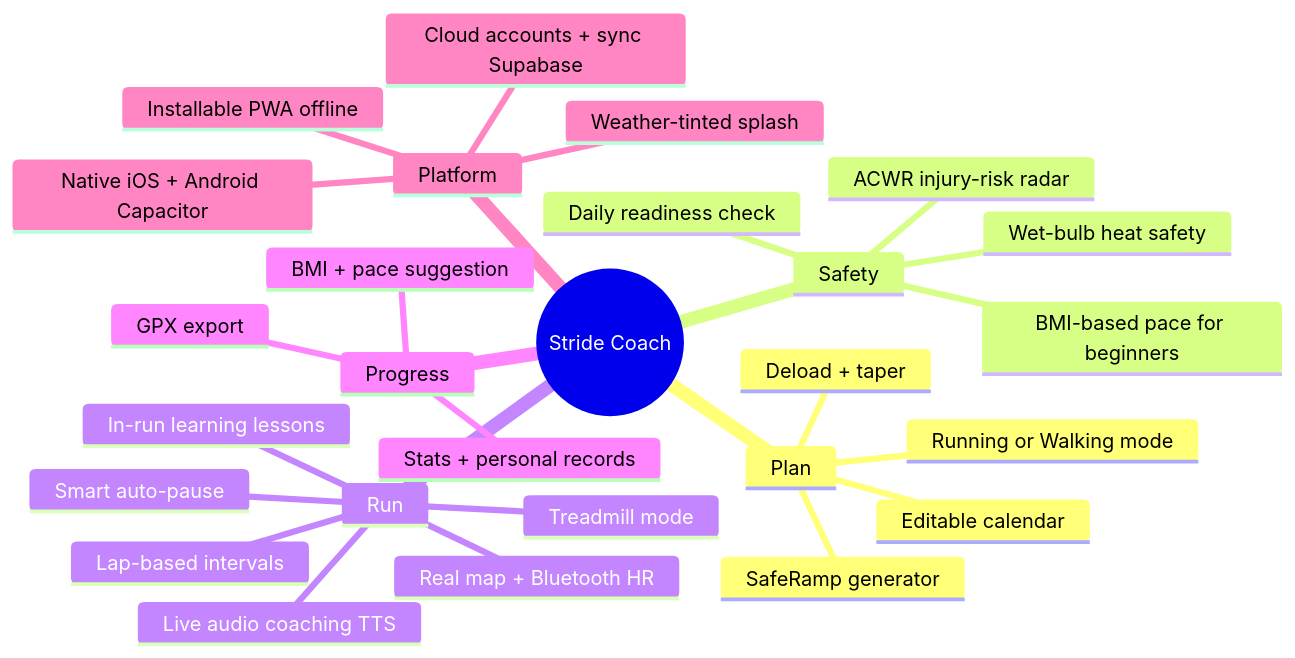
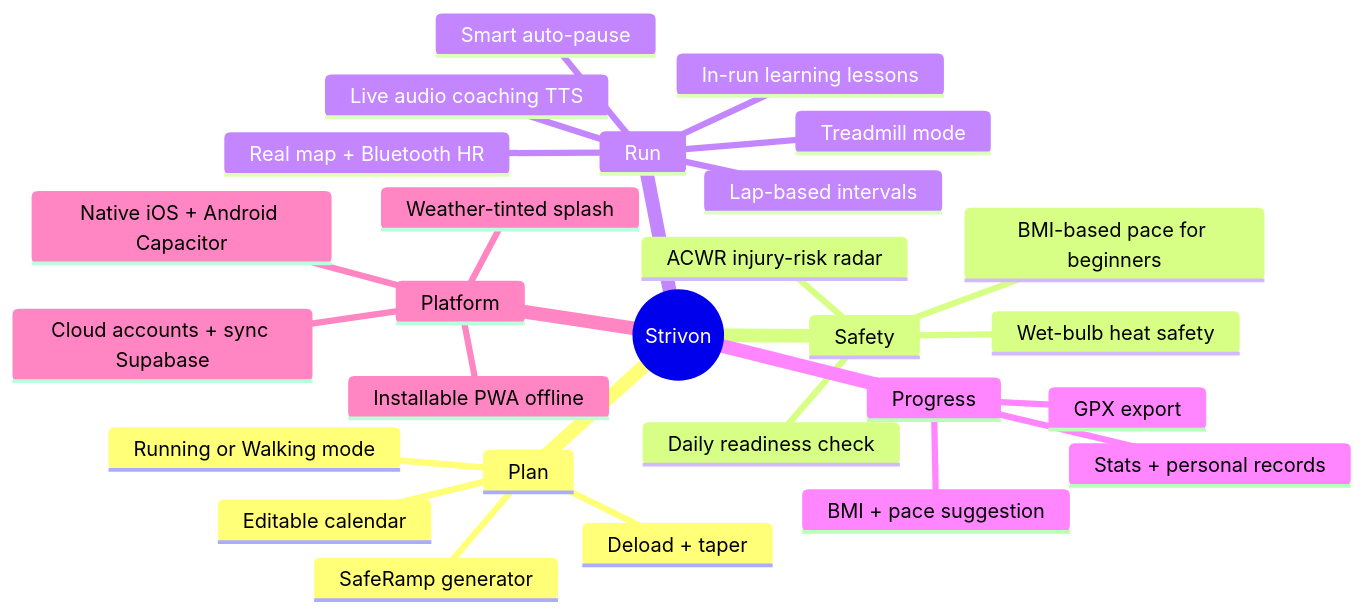
Before and after one commit to soumyadg/stride-coach: the first of 4 diagrams in README.md, drawn with Mermaid. The commit also changed other lines of this file and 16 other files, not shown here.

First line of the commit message:
brand: rename Stride Coach → Strivon everywhere (new name + 'Train smarter.')

````diff
--- a/README.md
+++ b/README.md
@@ -72,30 +72,30 @@
 ```mermaid
 mindmap
-  root((Stride Coach))
+  root((Strivon))
     Plan
       SafeRamp generator
       Deload + taper
       Editable calendar
       Running or Walking mode
     Safety
       ACWR injury-risk radar
       Daily readiness check
       Wet-bulb heat safety
       BMI-based pace for beginners
     Run
       Lap-based intervals
       Live audio coaching TTS
       In-run learning lessons
       Smart auto-pause
       Real map + Bluetooth HR
       Treadmill mode
     Progress
       Stats + personal records
       BMI + pace suggestion
       GPX export
     Platform
       Installable PWA offline
       Native iOS + Android Capacitor
       Cloud accounts + sync Supabase
       Weather-tinted splash
 ```
````
